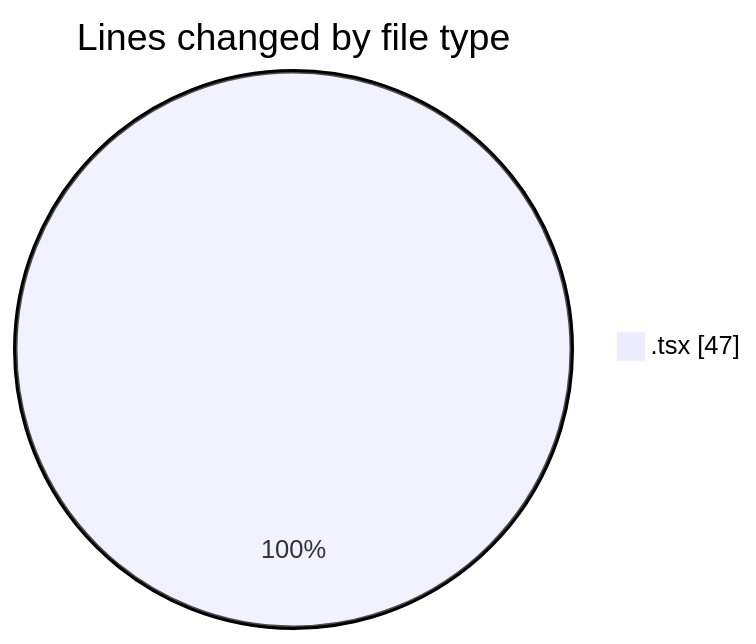
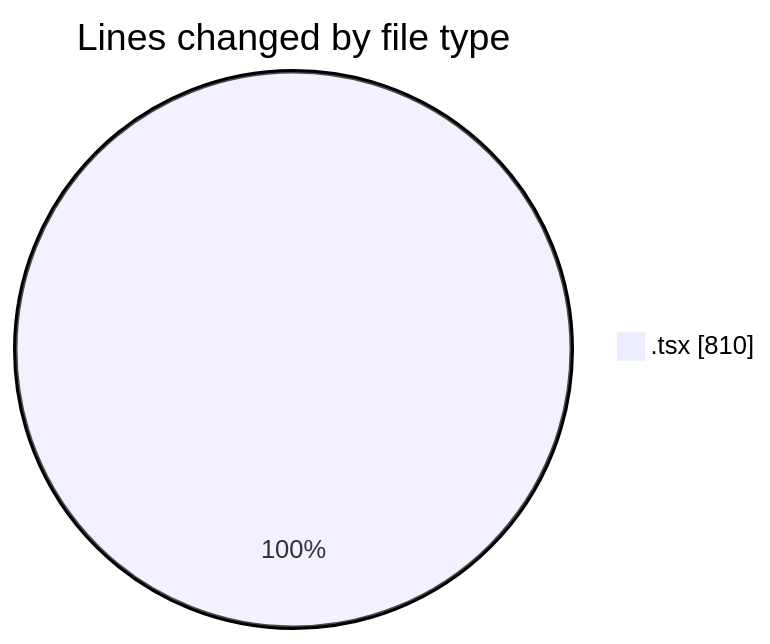
Before and after one commit to robertbonfada/code-tracking: the first of 2 diagrams in 2025-03-19/audiobooks-web/README.md, drawn with Mermaid. The commit also changed other lines of this file and 1 other file, not shown here.

````diff
--- a/2025-03-19/audiobooks-web/README.md
+++ b/2025-03-19/audiobooks-web/README.md
@@ -20,5 +21,5 @@
 ```mermaid
 pie showData
 title Lines changed by file type
-".tsx" : 47
+".tsx" : 810
 ```
````
